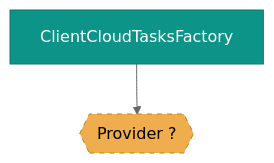
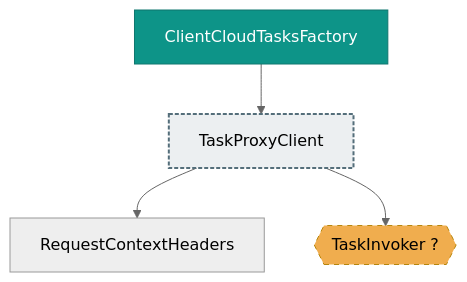
Before and after one commit to deanhiller/webpieces-ts: the diagram in packages/cloud/cloudtasks-client/design.md, drawn with Mermaid (neutral theme). The commit also changed other lines of this file and 40 other files, not shown here.

First line of the commit message:
Upgrade @webpieces to 0.3.320 and regenerate every design with the shipped DI-graph analyzer (#335)

````diff
--- a/packages/cloud/cloudtasks-client/design.md
+++ b/packages/cloud/cloudtasks-client/design.md
@@ -13,11 +13,17 @@
 ```mermaid
 graph TD
     ClientCloudTasksFactory["ClientCloudTasksFactory"]:::apiImpl
-    Provider_TaskProxyClient_{{"Provider<TaskProxyClient> ?"}}:::unresolved
-    ClientCloudTasksFactory --> Provider_TaskProxyClient_
+    RequestContextHeaders["RequestContextHeaders"]
+    TaskInvoker{{"TaskInvoker ?"}}:::unresolved
+    TaskProxyClient["TaskProxyClient"]:::many
+    ClientCloudTasksFactory --> TaskProxyClient
+    TaskProxyClient --> RequestContextHeaders
+    TaskProxyClient --> TaskInvoker
     classDef controller fill:#1f6feb,color:#ffffff,stroke:#0d419d
     classDef apiImpl fill:#0d9488,color:#ffffff,stroke:#0f766e
     classDef component fill:#2da44e,color:#ffffff,stroke:#1a7f37
     classDef unresolved fill:#f0ad4e,color:#000000,stroke:#b8860b,stroke-dasharray: 5 5
     classDef external fill:#b39ddb,color:#000000,stroke:#5e35b1,stroke-width:3px
+    classDef api fill:#4fc3f7,color:#000000,stroke:#0277bd,stroke-width:3px
+    classDef many fill:#eceff1,color:#000000,stroke:#546e7a,stroke-width:2px,stroke-dasharray: 4 2
 ```
````
